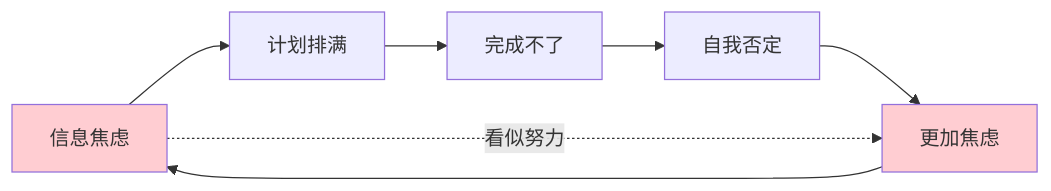
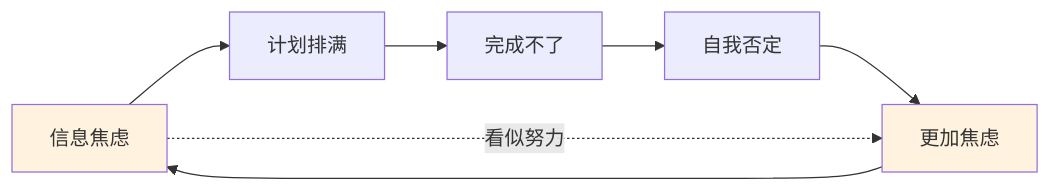
The third of 6 diagrams in packages/website/11.书籍/04.自我精进·学习/06.信息过载怎么办.md (chongyang211/YCBookBlog), drawn with Mermaid before and after one commit. The commit also changed other lines of this file and 17 other files, not shown here.

````diff
--- a/packages/website/11.书籍/04.自我精进·学习/06.信息过载怎么办.md
+++ b/packages/website/11.书籍/04.自我精进·学习/06.信息过载怎么办.md
@@ -95,11 +111,11 @@
 ```mermaid
 graph LR
     A[信息焦虑] --> B[计划排满]
     B --> C[完成不了]
     C --> D[自我否定]
     D --> E[更加焦虑]
     E --> A
     A -.看似努力.-> E
-    style A fill:#ffcdd2
-    style E fill:#ffcdd2
+    style A fill:#fff3e0
+    style E fill:#fff3e0
 ```
````
